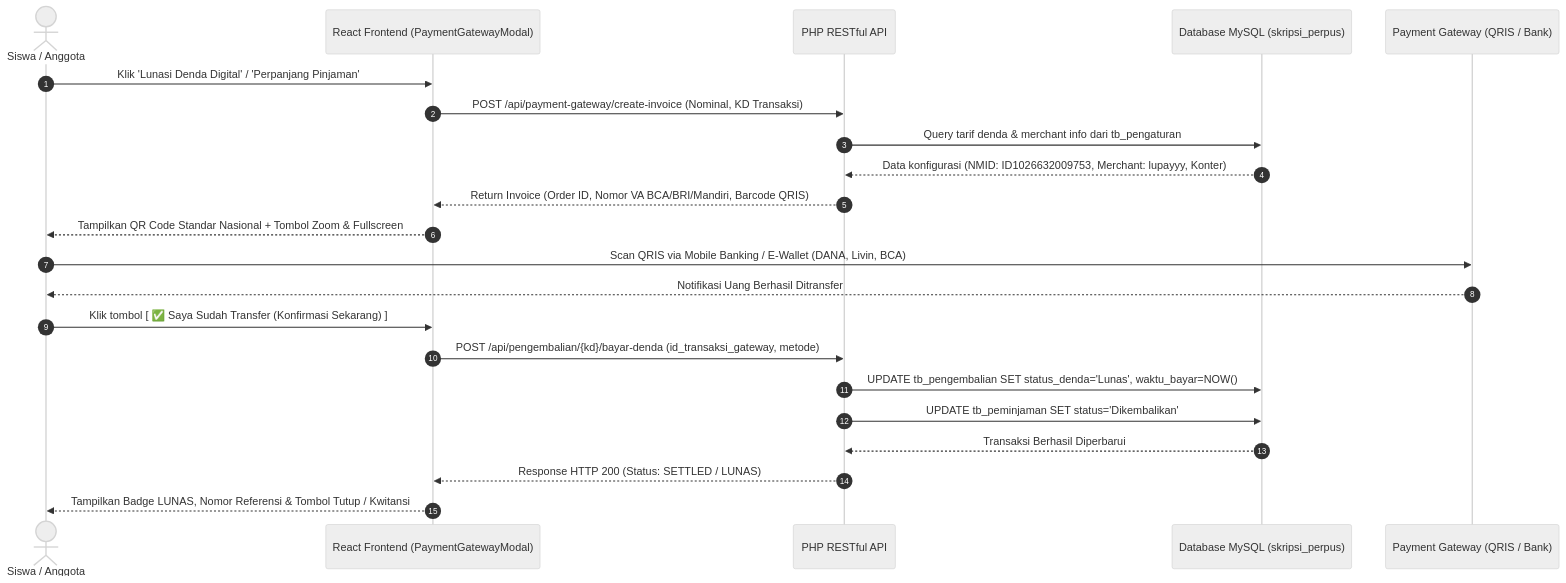
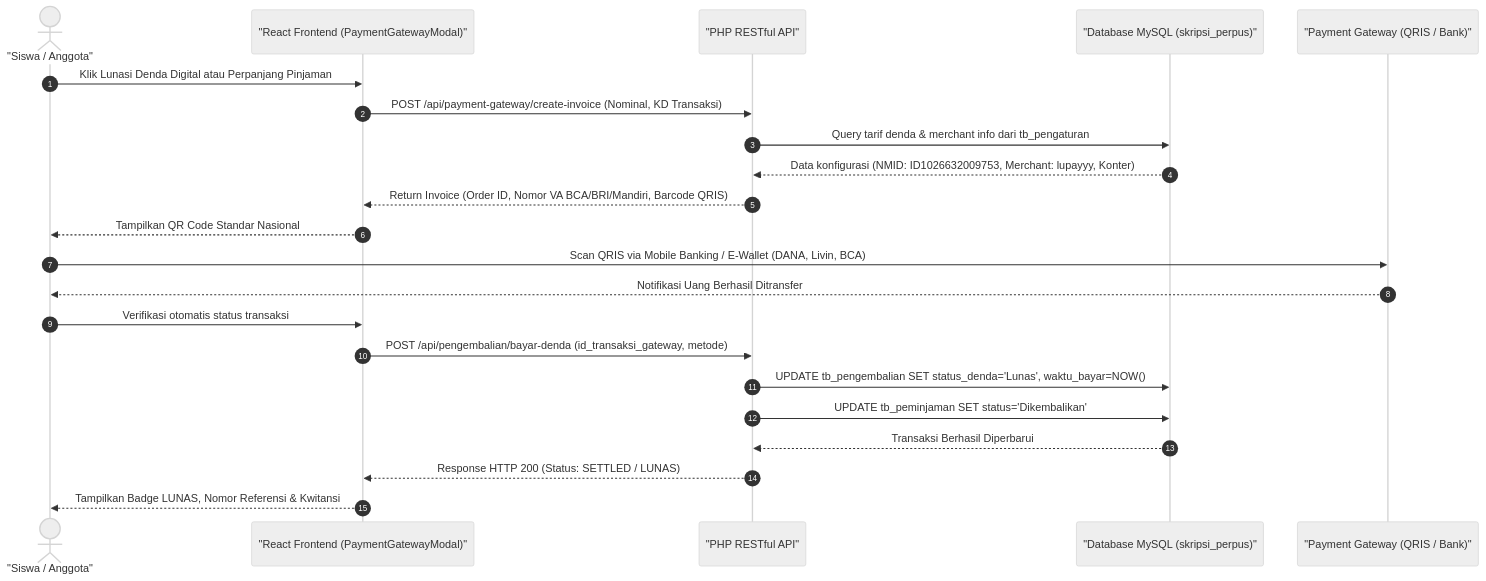
One commit to fanydarat757-hash/antigrafitytest changed the eighth of 17 diagrams in PANDUAN_TEKNIS_DAN_ARSITEKTUR_SKRIPSI.md. Above: the diagram before and after it, drawn with Mermaid (neutral theme). The commit also changed other lines of this file, not shown here.

Commit message:
Fix syntax errors in all 17 Mermaid diagrams for GitHub rendering

````diff
--- a/PANDUAN_TEKNIS_DAN_ARSITEKTUR_SKRIPSI.md
+++ b/PANDUAN_TEKNIS_DAN_ARSITEKTUR_SKRIPSI.md
@@ -380,27 +377,27 @@
 ```mermaid
 sequenceDiagram
     autonumber
-    actor Siswa as Siswa / Anggota
-    participant UI as React Frontend (PaymentGatewayModal)
-    participant API as PHP RESTful API
-    participant DB as Database MySQL (skripsi_perpus)
-    participant PG as Payment Gateway (QRIS / Bank)
+    actor Siswa as "Siswa / Anggota"
+    participant UI as "React Frontend (PaymentGatewayModal)"
+    participant API as "PHP RESTful API"
+    participant DB as "Database MySQL (skripsi_perpus)"
+    participant PG as "Payment Gateway (QRIS / Bank)"
 
-    Siswa->>UI: Klik 'Lunasi Denda Digital' / 'Perpanjang Pinjaman'
+    Siswa->>UI: Klik Lunasi Denda Digital atau Perpanjang Pinjaman
     UI->>API: POST /api/payment-gateway/create-invoice (Nominal, KD Transaksi)
     API->>DB: Query tarif denda & merchant info dari tb_pengaturan
     DB-->>API: Data konfigurasi (NMID: ID1026632009753, Merchant: lupayyy, Konter)
     API-->>UI: Return Invoice (Order ID, Nomor VA BCA/BRI/Mandiri, Barcode QRIS)
     
-    UI-->>Siswa: Tampilkan QR Code Standar Nasional + Tombol Zoom & Fullscreen
+    UI-->>Siswa: Tampilkan QR Code Standar Nasional
     Siswa->>PG: Scan QRIS via Mobile Banking / E-Wallet (DANA, Livin, BCA)
     PG-->>Siswa: Notifikasi Uang Berhasil Ditransfer
     
-    Siswa->>UI: Klik tombol [ ✅ Saya Sudah Transfer (Konfirmasi Sekarang) ]
-    UI->>API: POST /api/pengembalian/{kd}/bayar-denda (id_transaksi_gateway, metode)
+    Siswa->>UI: Verifikasi otomatis status transaksi
+    UI->>API: POST /api/pengembalian/bayar-denda (id_transaksi_gateway, metode)
     API->>DB: UPDATE tb_pengembalian SET status_denda='Lunas', waktu_bayar=NOW()
     API->>DB: UPDATE tb_peminjaman SET status='Dikembalikan'
     DB-->>API: Transaksi Berhasil Diperbarui
     API-->>UI: Response HTTP 200 (Status: SETTLED / LUNAS)
-    UI-->>Siswa: Tampilkan Badge LUNAS, Nomor Referensi & Tombol Tutup / Kwitansi
+    UI-->>Siswa: Tampilkan Badge LUNAS, Nomor Referensi & Kwitansi
 ```
````
